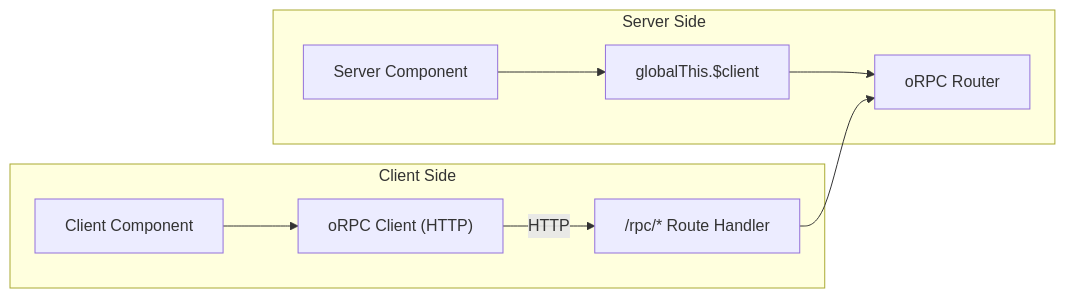
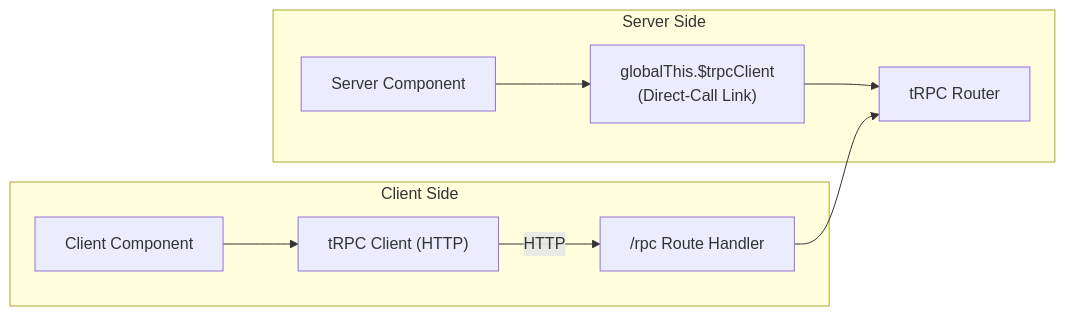
Before and after one commit to flyingheart1997/antaris-demo: the fourth of 6 diagrams in docs/architecture/data-flow.md, drawn with Mermaid. The commit also changed other lines of this file and 57 other files, not shown here.

Commit message:
improve project architecture

````diff
--- a/docs/architecture/data-flow.md
+++ b/docs/architecture/data-flow.md
@@ -128,21 +134,21 @@
 ```mermaid
 graph LR
     subgraph Server Side
         SSR["Server Component"]
-        GSC["globalThis.$client"]
-        Router["oRPC Router"]
-        
+        GSC["globalThis.$trpcClient<br/>(Direct-Call Link)"]
+        Router["tRPC Router"]
+
         SSR --> GSC
         GSC --> Router
     end
 
     subgraph Client Side
         CC["Client Component"]
-        ORPC["oRPC Client (HTTP)"]
-        RPC["/rpc/* Route Handler"]
-        
-        CC --> ORPC
-        ORPC -->|HTTP| RPC
+        TRPC["tRPC Client (HTTP)"]
+        RPC["/rpc Route Handler"]
+
+        CC --> TRPC
+        TRPC -->|HTTP| RPC
         RPC --> Router
     end
 ```
````
